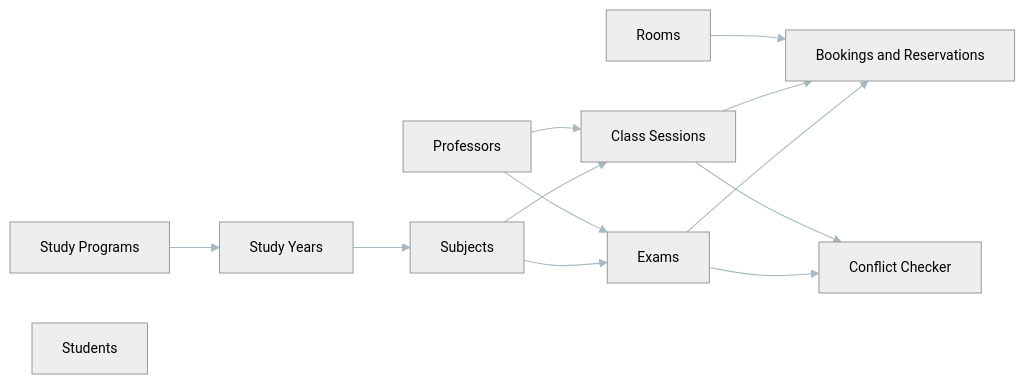
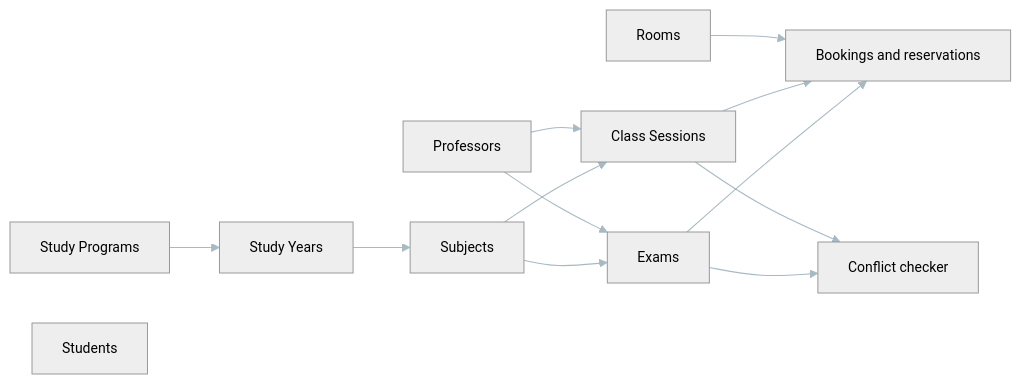
Before and after one commit to djole994/E-Raspored-docs: the second of 3 diagrams in README.md, drawn with Mermaid. The commit also changed other lines of this file, not shown here.

````diff
--- a/README.md
+++ b/README.md
@@ -158,24 +162,28 @@
 ```mermaid 
 
 %%{init: {"theme":"neutral","themeVariables":{
   "primaryColor":"#6096B4","secondaryColor":"#93BFCF","tertiaryColor":"#BDCDD6",
   "lineColor":"#2f4f60","fontFamily":"Inter,Segoe UI,Arial","fontSize":"14px"
 }, "flowchart": { "useMaxWidth": false } }}%%
 flowchart LR
   PRG[Study Programs] --> Y[Study Years] --> SBJ[Subjects]
   PROFS[Professors] --> CLS[Class Sessions]
   PROFS --> EX[Exams]
   SBJ --> CLS
   SBJ --> EX
-  RM[Rooms] --> BK[Bookings and Reservations]
+
+  RM[Rooms] --> BK[Bookings and reservations]
   CLS --> BK
   EX  --> BK
-  CC[Conflict Checker]
+
+  CC[Conflict checker]
   CLS --> CC
   EX  --> CC
+
   STUDS[Students]
 
   linkStyle default stroke:#8aa3af,stroke-width:1.1,opacity:0.75;
 
 
+
 ```
````
